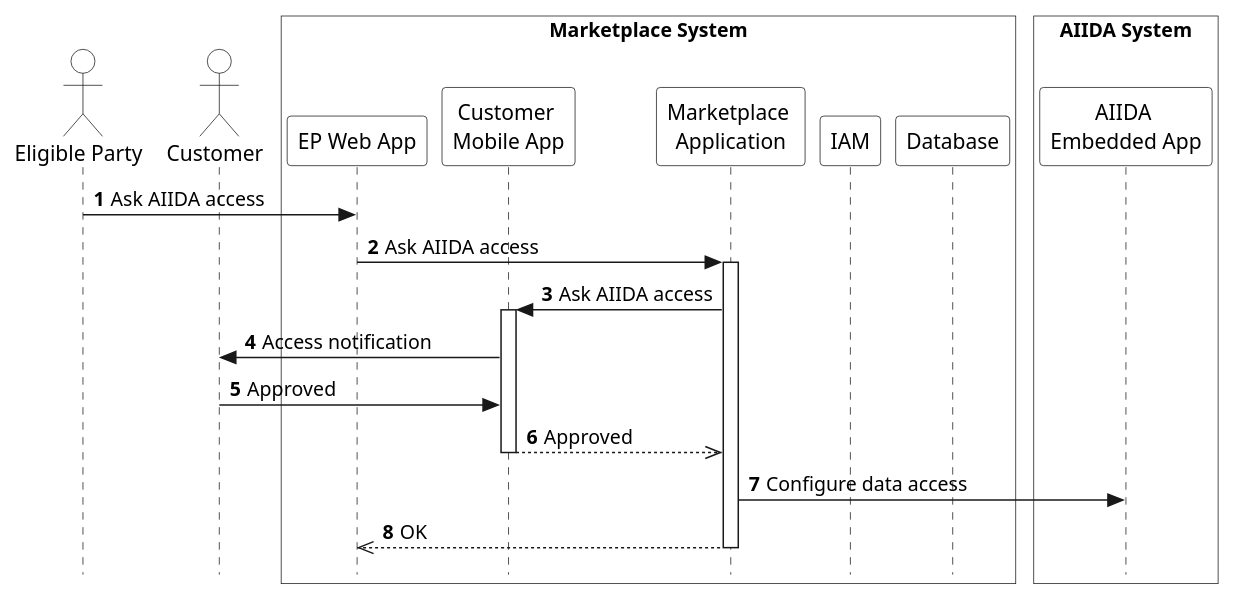
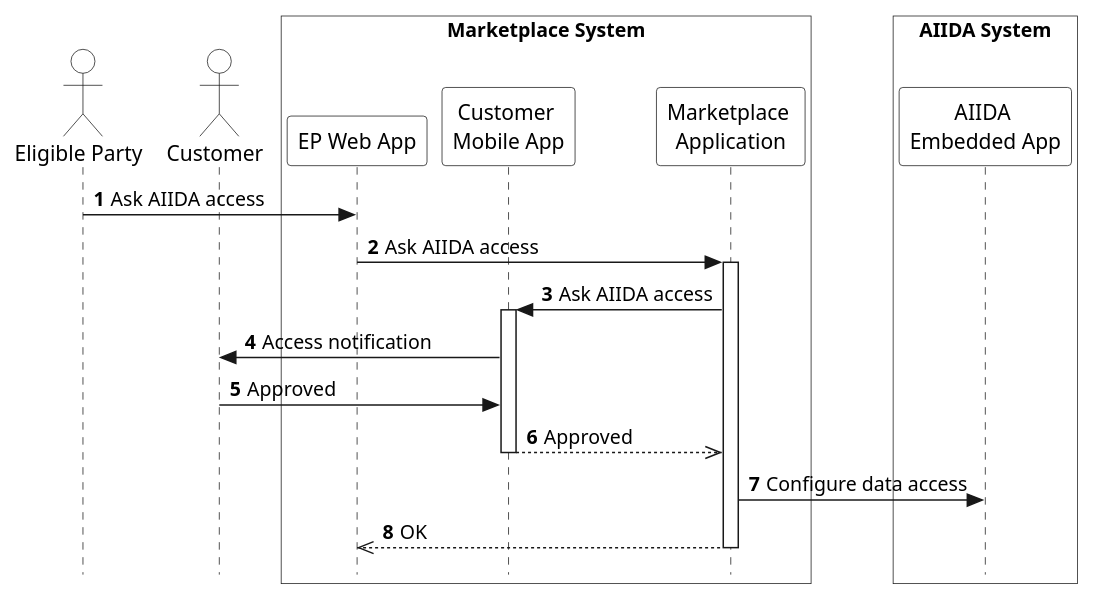
The diagram in arc42/marketplace/runtime-view/figures/marketplace-ask-data-access.puml (eddie-energy/architecture), drawn with PlantUML before and after one commit. The commit also changed 5 other files, not shown here.

```diff
--- a/arc42/marketplace/runtime-view/figures/marketplace-ask-data-access.puml
+++ b/arc42/marketplace/runtime-view/figures/marketplace-ask-data-access.puml
@@ -1,39 +1,37 @@
 @startuml marketplace-ask-data-access
 
 skinparam style strictuml
 skinparam sequence {
   ParticipantBackgroundColor transparent
   ActorBackgroundColor transparent
 }
 
 autonumber
 !pragma teoz true
 
 actor "Eligible Party" as ep
 actor "Customer" as customer
 box "Marketplace System" #transparent
   participant "EP Web App" as epApp
   participant "Customer \nMobile App" as customerApp
   participant "Marketplace \nApplication" as marketplace
-  participant "IAM" as iam
-  participant "Database" as database
 end box
 
 box "AIIDA System" #transparent
   participant "AIIDA \nEmbedded App" as aiida
 end box
 
 ep -> epApp : Ask AIIDA access
 epApp -> marketplace : Ask AIIDA access
 activate marketplace
 marketplace -> customerApp : Ask AIIDA access
 activate customerApp
 customerApp -> customer : Access notification
 customer -> customerApp : Approved
 customerApp -->> marketplace : Approved
 deactivate customerApp
 marketplace -> aiida : Configure data access
 marketplace -->> epApp : OK
 deactivate marketplace
 
 @enduml
```
